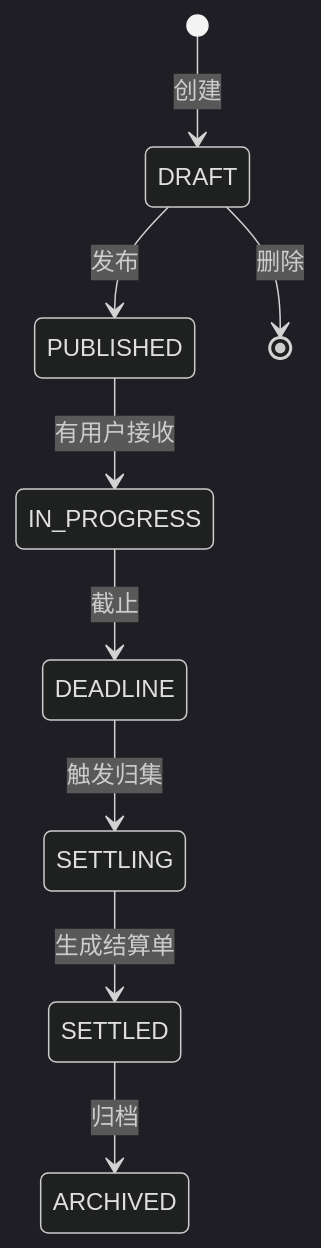
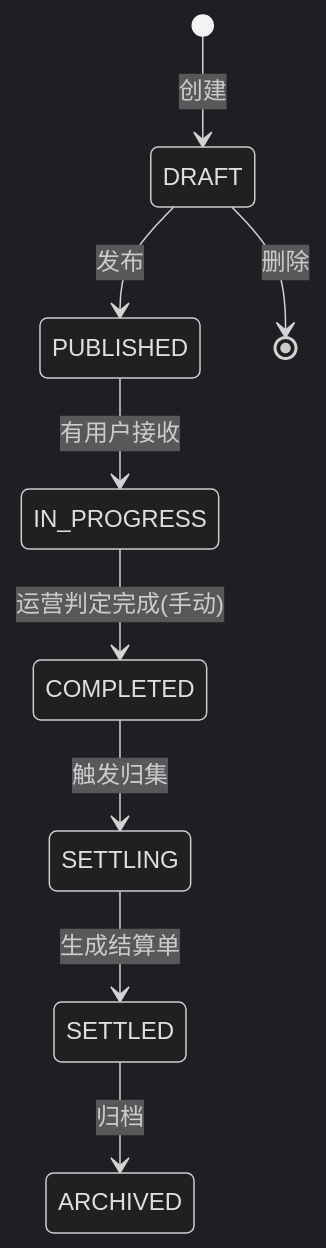
One commit to Echo-Note/FastapiAdmin changed the third of 5 diagrams in docs/02-系统设计文档.md. Above: the diagram before and after it, drawn with Mermaid (dark theme). The commit also changed other lines of this file and 2 other files, not shown here.

````diff
--- a/docs/02-系统设计文档.md
+++ b/docs/02-系统设计文档.md
@@ -177,11 +209,11 @@
 ```mermaid
 stateDiagram-v2
     [*] --> DRAFT: 创建
     DRAFT --> PUBLISHED: 发布
     PUBLISHED --> IN_PROGRESS: 有用户接收
-    IN_PROGRESS --> DEADLINE: 截止
-    DEADLINE --> SETTLING: 触发归集
+    IN_PROGRESS --> COMPLETED: 运营判定完成(手动)
+    COMPLETED --> SETTLING: 触发归集
     SETTLING --> SETTLED: 生成结算单
     SETTLED --> ARCHIVED: 归档
     DRAFT --> [*]: 删除
 ```
````
